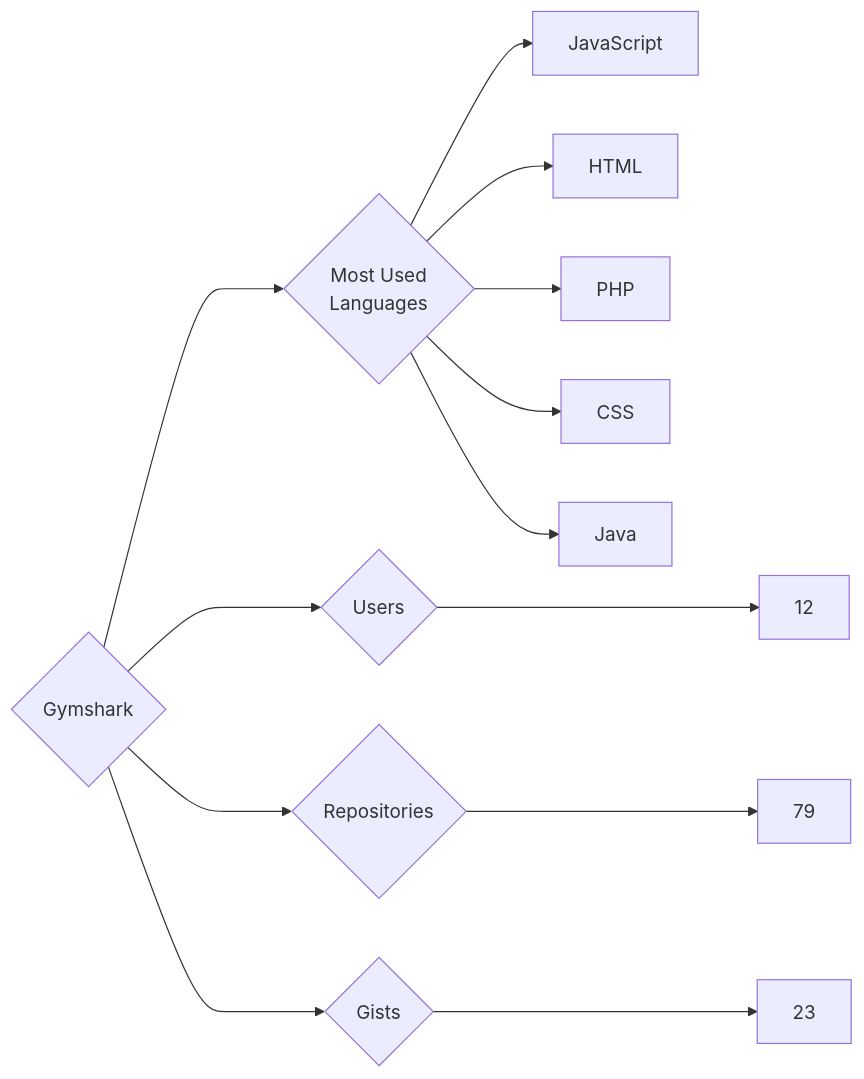
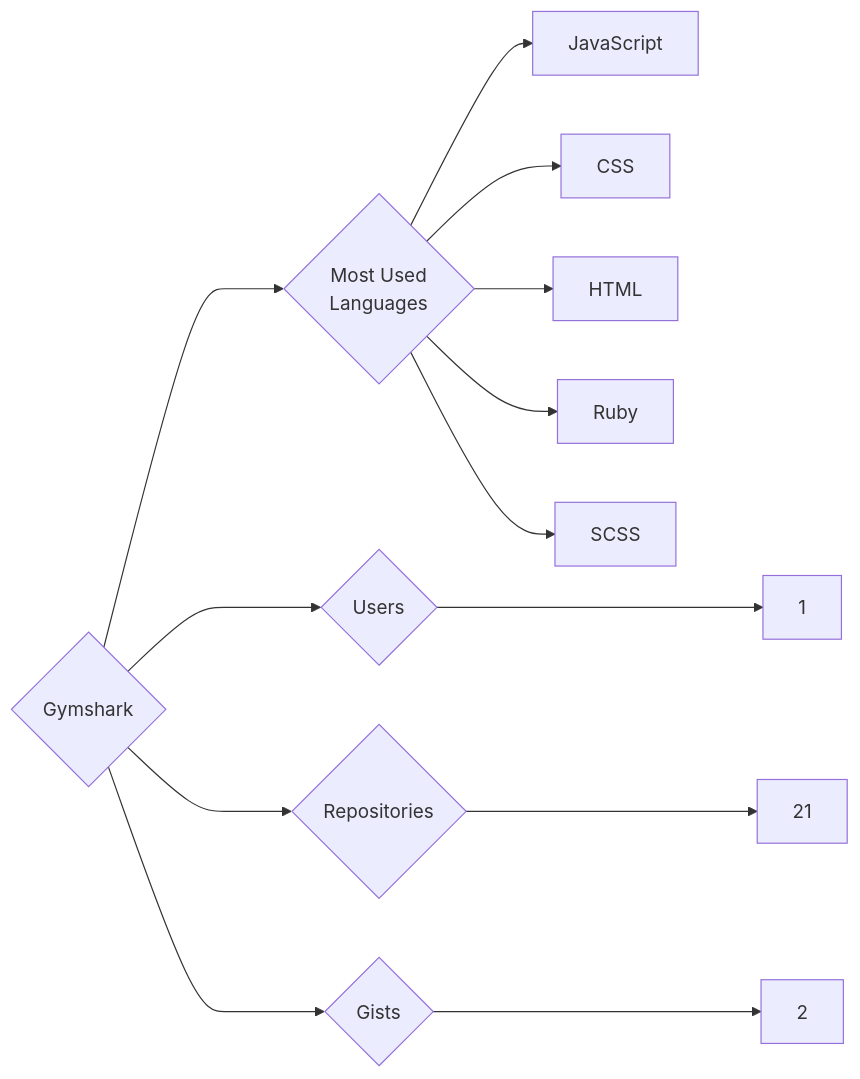
Before and after one commit to trickest/insiders: the diagram in targets/Gymshark/README.md, drawn with Mermaid. The commit also changed 681 other files, not shown here.

````diff
--- a/targets/Gymshark/README.md
+++ b/targets/Gymshark/README.md
@@ -3,13 +3,13 @@
 ```mermaid
 graph LR
 COMPANY_NAME{Gymshark}
-COMPANY_NAME ---> U{Users} ---> UN[12]
-COMPANY_NAME ---> R{Repositories} ---> RN[79]
-COMPANY_NAME ---> G{Gists} ---> GN[23]
+COMPANY_NAME ---> U{Users} ---> UN[1]
+COMPANY_NAME ---> R{Repositories} ---> RN[21]
+COMPANY_NAME ---> G{Gists} ---> GN[2]
 COMPANY_NAME ---> ML{Most Used<br>Languages}
 ML --> JavaScript[JavaScript]
+ML --> CSS[CSS]
 ML --> HTML[HTML]
-ML --> PHP[PHP]
-ML --> CSS[CSS]
-ML --> Java[Java]
+ML --> Ruby[Ruby]
+ML --> SCSS[SCSS]
 ```
````
